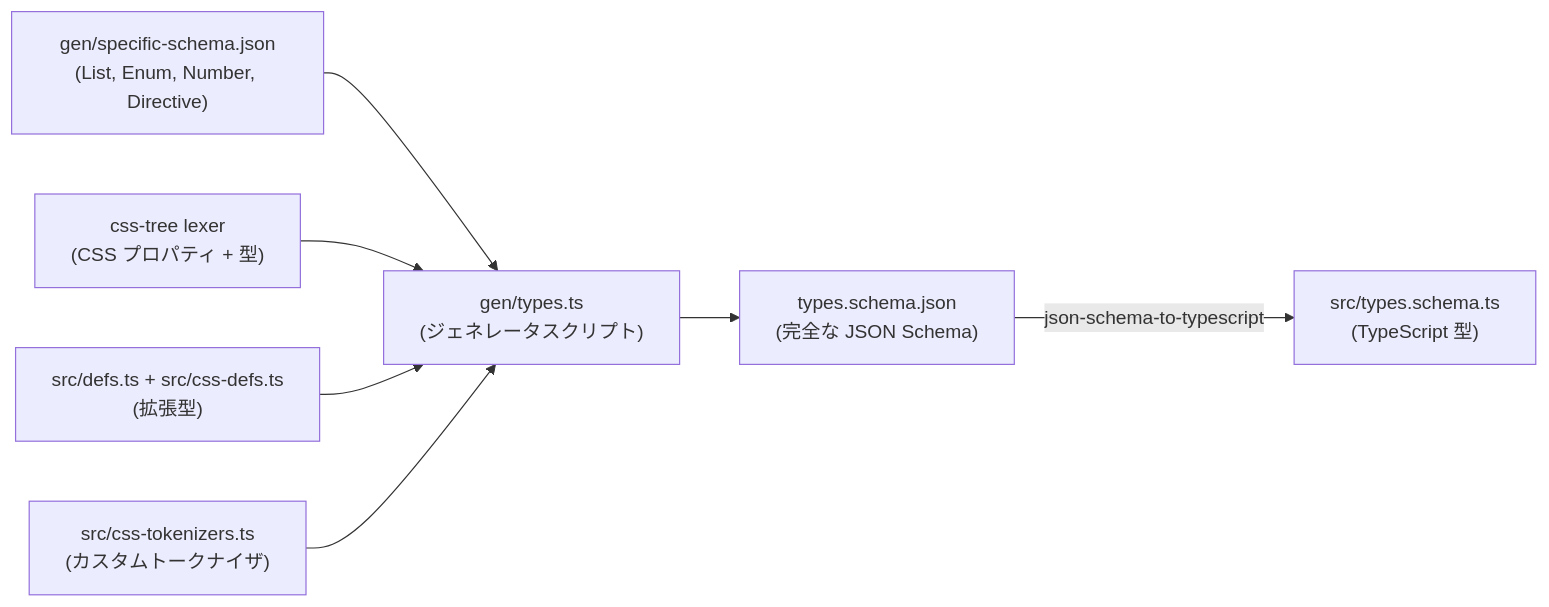
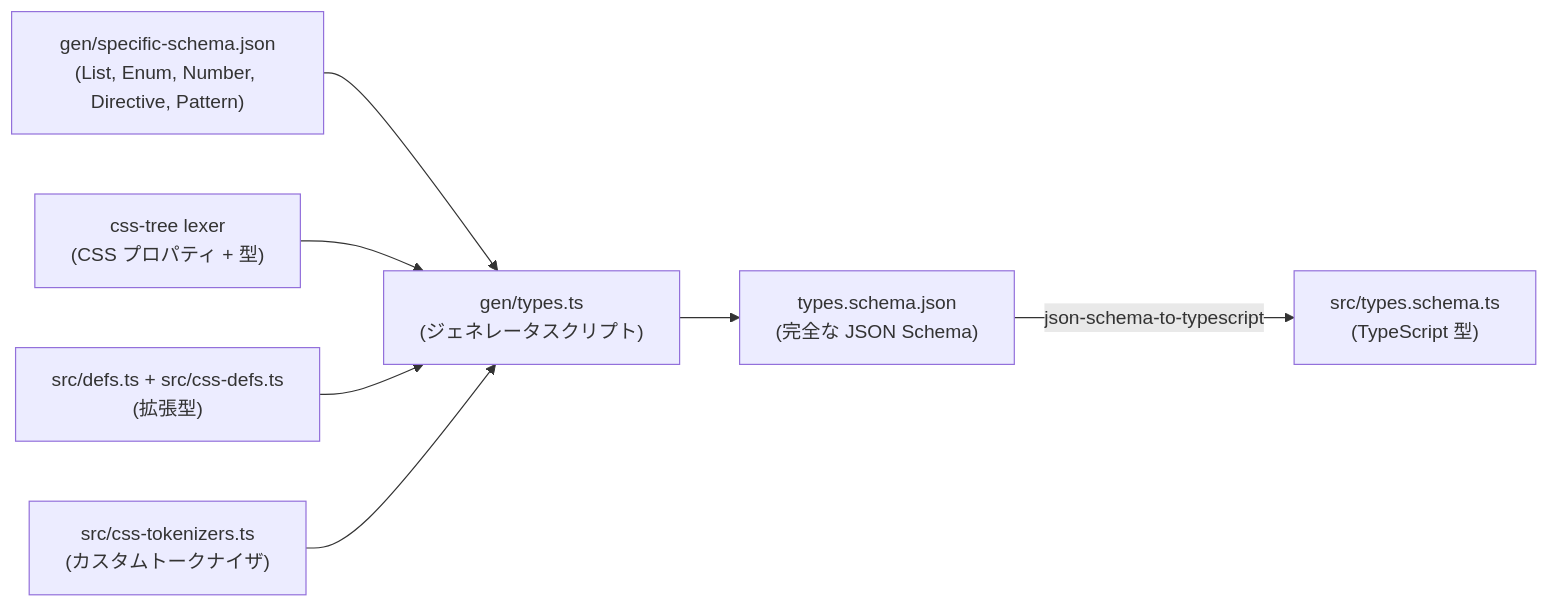
The second of 3 diagrams in packages/@markuplint/types/docs/type-system.ja.md (markuplint/markuplint), drawn with Mermaid before and after one commit. The commit also changed other lines of this file and 1 other file, not shown here.

First line of the commit message:
docs(types): document how to add a new Type variant

````diff
--- a/packages/@markuplint/types/docs/type-system.ja.md
+++ b/packages/@markuplint/types/docs/type-system.ja.md
@@ -423,9 +425,9 @@
 ```mermaid
 flowchart LR
-    A["gen/specific-schema.json<br/>(List, Enum, Number, Directive)"] --> D["gen/types.ts<br/>(ジェネレータスクリプト)"]
+    A["gen/specific-schema.json<br/>(List, Enum, Number, Directive, Pattern)"] --> D["gen/types.ts<br/>(ジェネレータスクリプト)"]
     B["css-tree lexer<br/>(CSS プロパティ + 型)"] --> D
     C["src/defs.ts + src/css-defs.ts<br/>(拡張型)"] --> D
     E["src/css-tokenizers.ts<br/>(カスタムトークナイザ)"] --> D
     D --> F["types.schema.json<br/>(完全な JSON Schema)"]
     F -->|"json-schema-to-typescript"| G["src/types.schema.ts<br/>(TypeScript 型)"]
 ```
````
